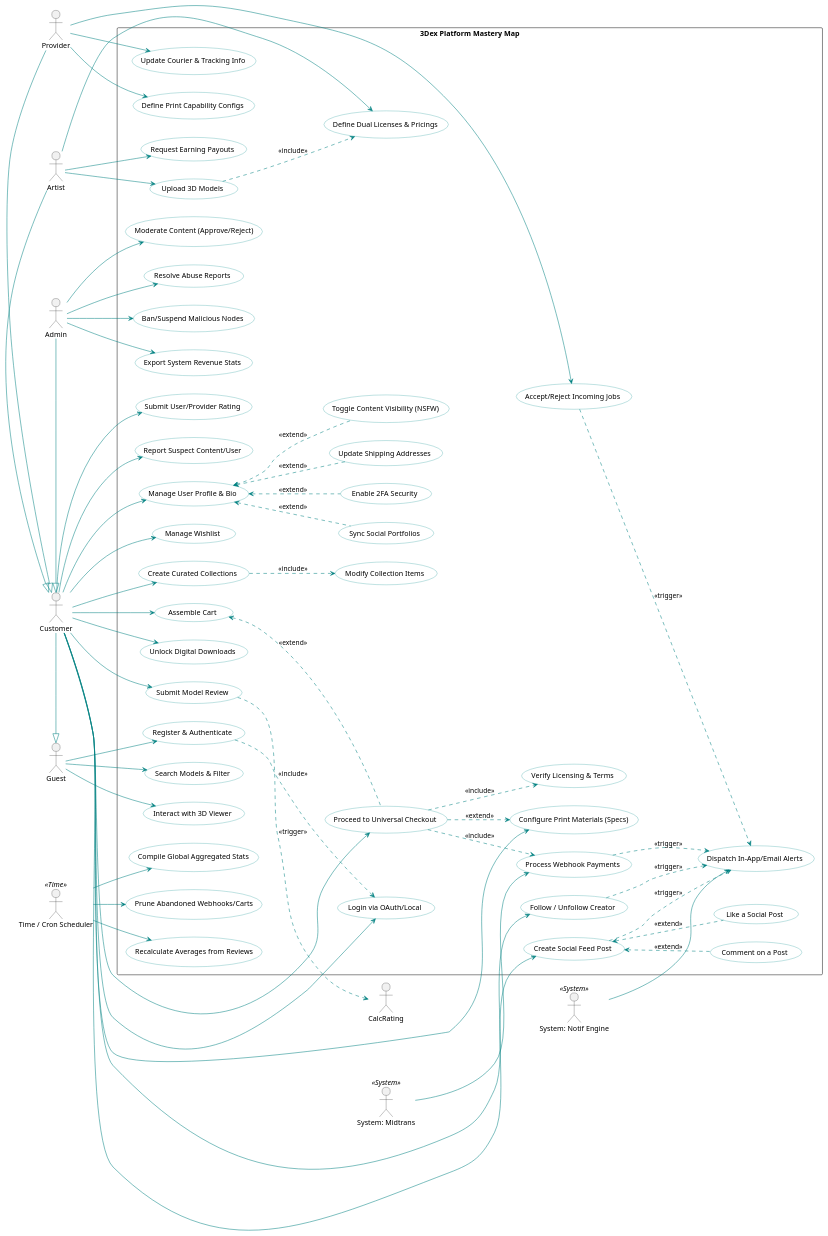
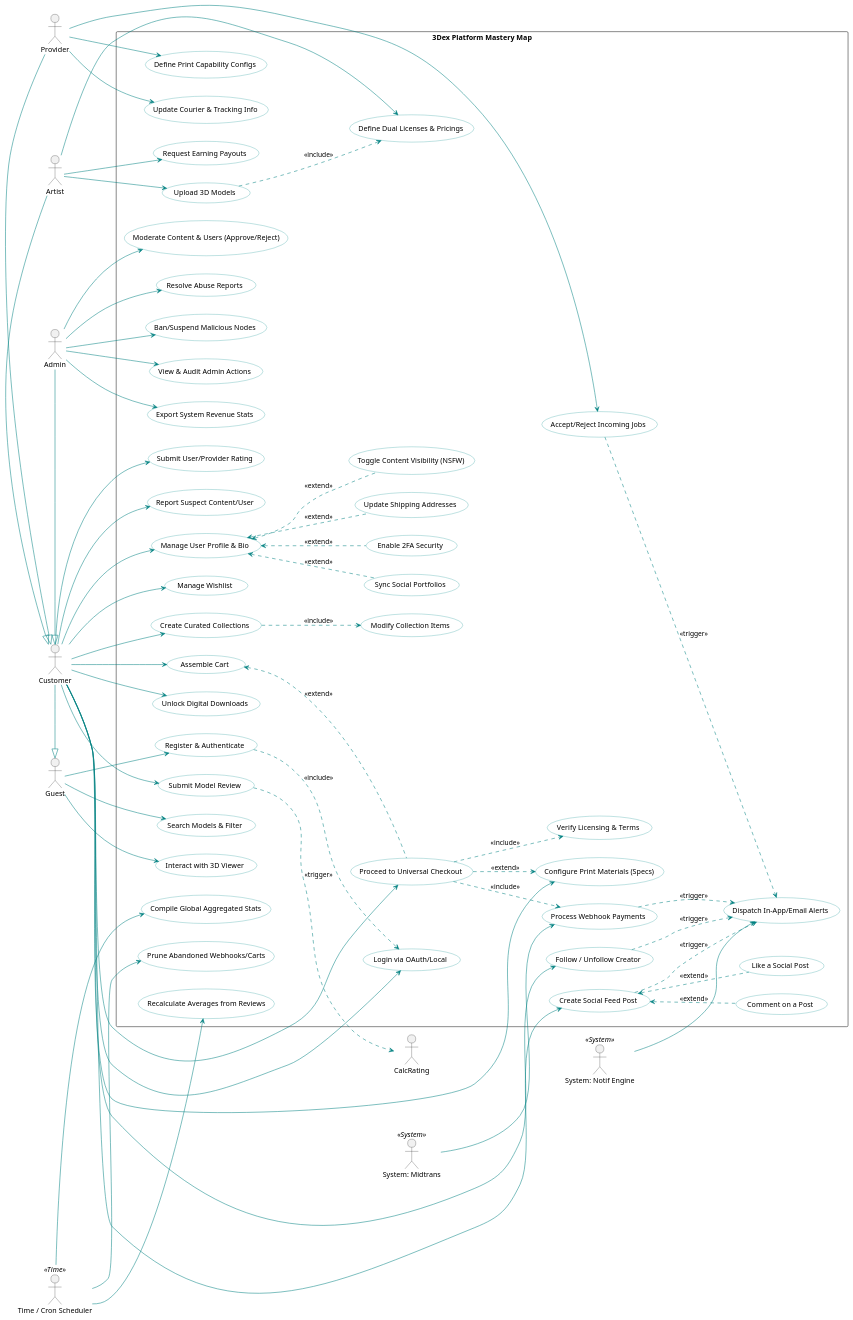
One commit to Schryzon/3Dex changed the diagram in docs/diagrams/plant_usecase.puml. Above: the diagram before and after it, drawn with PlantUML. The commit also changed 6 other files, not shown here.

First line of the commit message:
docs: update Mermaid, PlantUML, and Draw.io diagrams to reflect Admin Audit Log functionality

```diff
--- a/docs/diagrams/plant_usecase.puml
+++ b/docs/diagrams/plant_usecase.puml
@@ -1,161 +1,163 @@
 @startuml
 left to right direction
 skinparam packageStyle rectangle
 skinparam usecase {
     BackgroundColor White
     BorderColor DarkCyan
     ArrowColor Teal
     ActorBorderColor MidnightBlue
 }
 
 ' ======================= Actors =======================
 actor "Guest" as Guest
 actor "Customer" as Customer
 actor "Artist" as Artist
 actor "Provider" as Provider
 actor "Admin" as Admin
 
 ' Non-Human Actors
 actor "System: Midtrans" as Gateway <<System>>
 actor "System: Notif Engine" as Notif <<System>>
 actor "Time / Cron Scheduler" as Time <<Time>>
 
 ' Inheritance
 Customer -|> Guest
 Artist -|> Customer
 Provider -|> Customer
 Admin -|> Customer
 
 ' ======================= Platform =======================
 package "3Dex Platform Mastery Map" {
     
     ' ======= Auth Phase =======
     usecase "Register & Authenticate" as UC_Auth
     usecase "Login via OAuth/Local" as UC_Login
     usecase "Enable 2FA Security" as UC_2FA
 
     ' ======= Profile Phase =======
     usecase "Manage User Profile & Bio" as UC_Profile
     usecase "Update Shipping Addresses" as UC_Address
     usecase "Toggle Content Visibility (NSFW)" as UC_NSFW
     usecase "Sync Social Portfolios" as UC_SocialLinks
 
     ' ======= Browsing =======
     usecase "Search Models & Filter" as UC_Search
     usecase "Interact with 3D Viewer" as UC_Viewer
 
     ' ======= Interactions =======
     usecase "Manage Wishlist" as UC_Wishlist
     usecase "Create Curated Collections" as UC_Collection
     usecase "Modify Collection Items" as UC_CollectionItems
 
     ' ======= E-Commerce Flow =======
     usecase "Assemble Cart" as UC_Cart
     usecase "Configure Print Materials (Specs)" as UC_PrintJob
     usecase "Proceed to Universal Checkout" as UC_Checkout
     usecase "Verify Licensing & Terms" as UC_License
     usecase "Process Webhook Payments" as UC_Webhook
     usecase "Unlock Digital Downloads" as UC_Download
 
     ' ======= Social Networking =======
     usecase "Follow / Unfollow Creator" as UC_Follow
     usecase "Create Social Feed Post" as UC_Post
     usecase "Like a Social Post" as UC_Like
     usecase "Comment on a Post" as UC_Comment
 
     ' ======= Trust & Safety =======
     usecase "Submit Model Review" as UC_ReviewModel
     usecase "Submit User/Provider Rating" as UC_ReviewUser
     usecase "Report Suspect Content/User" as UC_Report
 
     ' ======= Artist Specific =======
     usecase "Upload 3D Models" as UC_Upload
     usecase "Define Dual Licenses & Pricings" as UC_Pricing
     usecase "Request Earning Payouts" as UC_Payout
 
     ' ======= Provider Specific =======
     usecase "Accept/Reject Incoming Jobs" as UC_ReceivePrint
     usecase "Define Print Capability Configs" as UC_ConfigPrint
     usecase "Update Courier & Tracking Info" as UC_Tracking
 
     ' ======= Admin Specific =======
-    usecase "Moderate Content (Approve/Reject)" as UC_Approve
+    usecase "Moderate Content & Users (Approve/Reject)" as UC_Approve
     usecase "Resolve Abuse Reports" as UC_ResolveReport
     usecase "Ban/Suspend Malicious Nodes" as UC_Ban
+    usecase "View & Audit Admin Actions" as UC_Audit
     usecase "Export System Revenue Stats" as UC_StatsAdmin
 
     ' ======= Automated System/Time =======
     usecase "Compile Global Aggregated Stats" as UC_CronStats
     usecase "Prune Abandoned Webhooks/Carts" as UC_CronPay
     usecase "Recalculate Averages from Reviews" as UC_CalcRating
     usecase "Dispatch In-App/Email Alerts" as UC_Notify
 }
 
 ' ======================= Connections =======================
 Guest --> UC_Auth
 Guest --> UC_Search
 Guest --> UC_Viewer
 
 Customer --> UC_Login
 Customer --> UC_Profile
 Customer --> UC_Wishlist
 Customer --> UC_Cart
 Customer --> UC_PrintJob
 Customer --> UC_Checkout
 Customer --> UC_Download
 Customer --> UC_Follow
 Customer --> UC_Post
 Customer --> UC_ReviewModel
 Customer --> UC_ReviewUser
 Customer --> UC_Report
 Customer --> UC_Collection
 
 Artist --> UC_Upload
 Artist --> UC_Pricing
 Artist --> UC_Payout
 
 Provider --> UC_ConfigPrint
 Provider --> UC_ReceivePrint
 Provider --> UC_Tracking
 
 Admin --> UC_Approve
 Admin --> UC_ResolveReport
 Admin --> UC_Ban
+Admin --> UC_Audit
 Admin --> UC_StatsAdmin
 
 ' Includes and Extends
 UC_Auth ..> UC_Login : <<include>>
 UC_Profile <.. UC_Address : <<extend>>
 UC_Profile <.. UC_NSFW : <<extend>>
 UC_Profile <.. UC_SocialLinks : <<extend>>
 UC_Profile <.. UC_2FA : <<extend>>
 
 UC_Collection ..> UC_CollectionItems : <<include>>
 
 UC_Post <.. UC_Like : <<extend>>
 UC_Post <.. UC_Comment : <<extend>>
 
 UC_Cart <.. UC_Checkout : <<extend>>
 UC_Checkout ..> UC_License : <<include>>
 UC_Checkout ..> UC_PrintJob : <<extend>>
 
 UC_Upload ..> UC_Pricing : <<include>>
 
 ' System Webhook Triggers
 Gateway --> UC_Webhook
 UC_Checkout ..> UC_Webhook : <<include>>
 UC_Webhook ..> UC_Notify : <<trigger>>
 
 ' Notification Engine Triggers
 Notif --> UC_Notify
 UC_Follow ..> UC_Notify : <<trigger>>
 UC_Post ..> UC_Notify : <<trigger>>
 UC_ReceivePrint ..> UC_Notify : <<trigger>>
 UC_ReviewModel ..> CalcRating : <<trigger>>
 
 ' Time Actor Triggers
 Time --> UC_CronStats
 Time --> UC_CronPay
 Time --> UC_CalcRating
 
 @enduml
```
